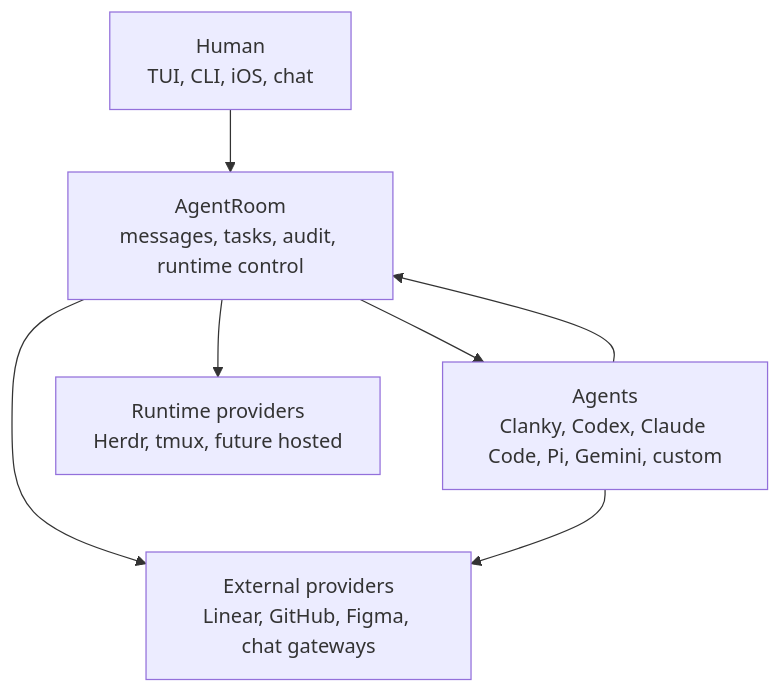
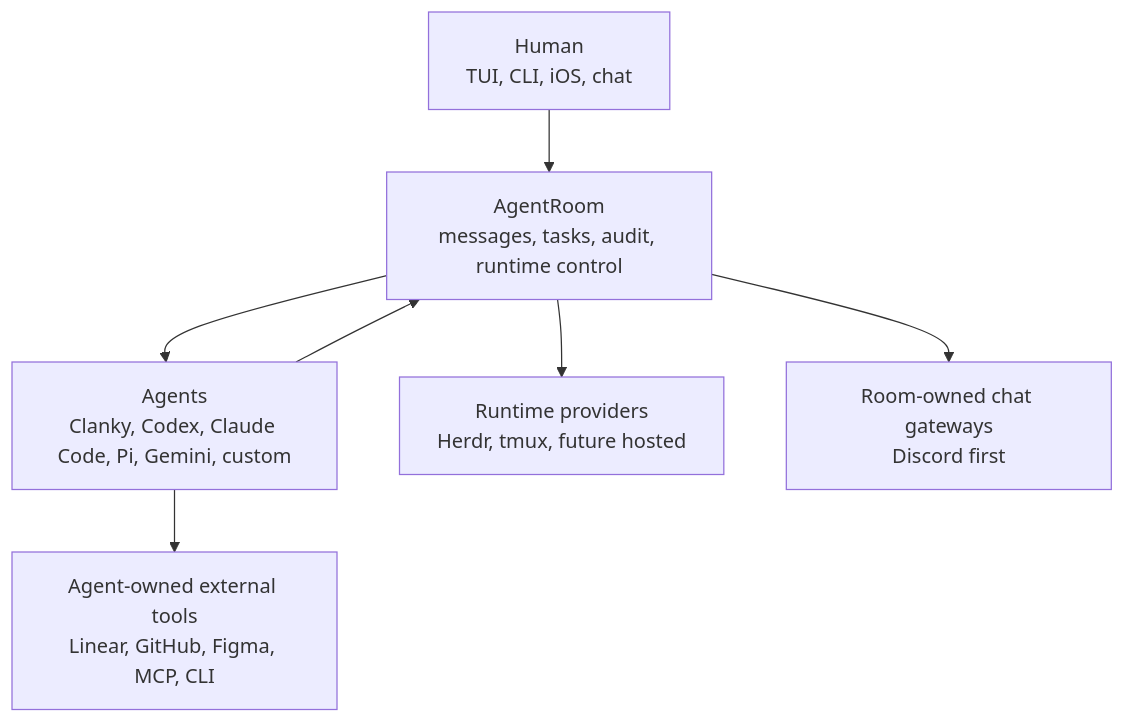
Before and after one commit to Volpestyle/agent-room: the diagram in README.md, drawn with Mermaid. The commit also changed other lines of this file and 43 other files, not shown here.

````diff
--- a/README.md
+++ b/README.md
@@ -64,15 +66,16 @@
 ```mermaid
 flowchart TB
   human["Human<br/>TUI, CLI, iOS, chat"]
   room["AgentRoom<br/>messages, tasks, audit, runtime control"]
   agents["Agents<br/>Clanky, Codex, Claude Code, Pi, Gemini, custom"]
   runtimes["Runtime providers<br/>Herdr, tmux, future hosted"]
-  providers["External providers<br/>Linear, GitHub, Figma, chat gateways"]
+  gateways["Room-owned chat gateways<br/>Discord first"]
+  external["Agent-owned external tools<br/>Linear, GitHub, Figma, MCP, CLI"]
 
   human --> room
   room --> agents
   agents --> room
   room --> runtimes
-  room --> providers
-  agents --> providers
+  room --> gateways
+  agents --> external
 ```
````
